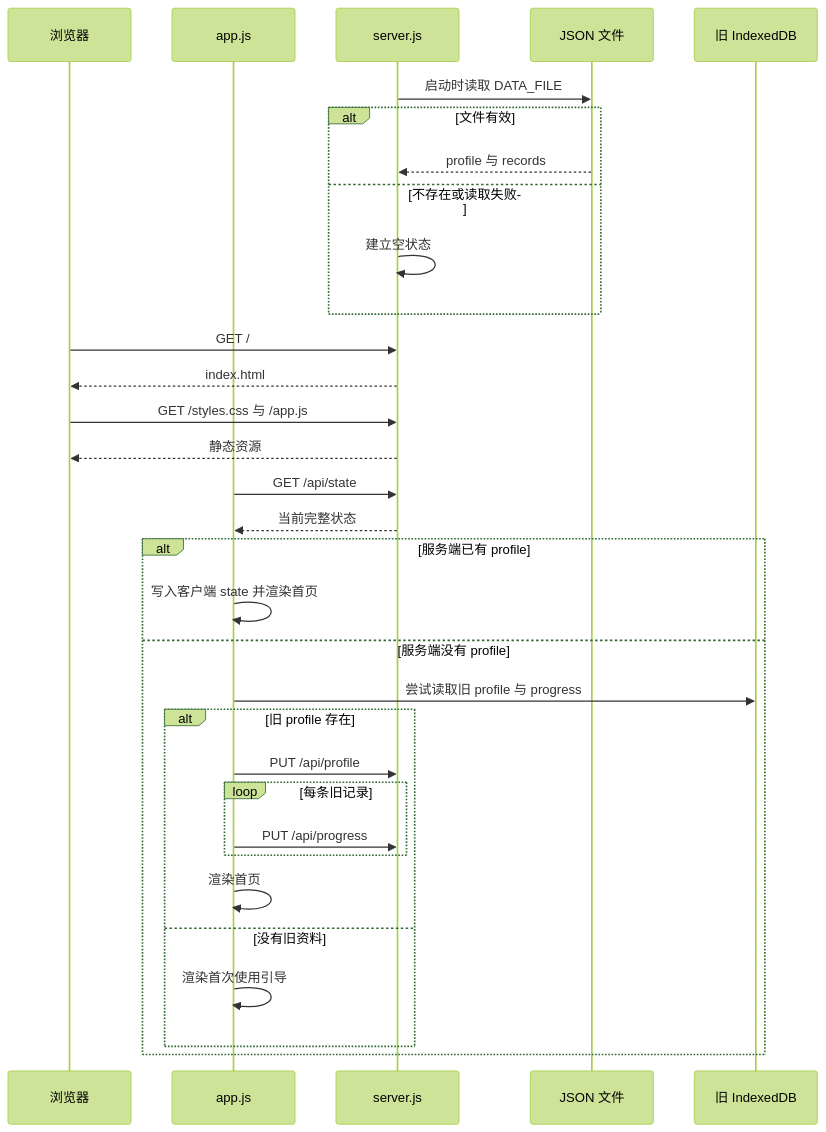
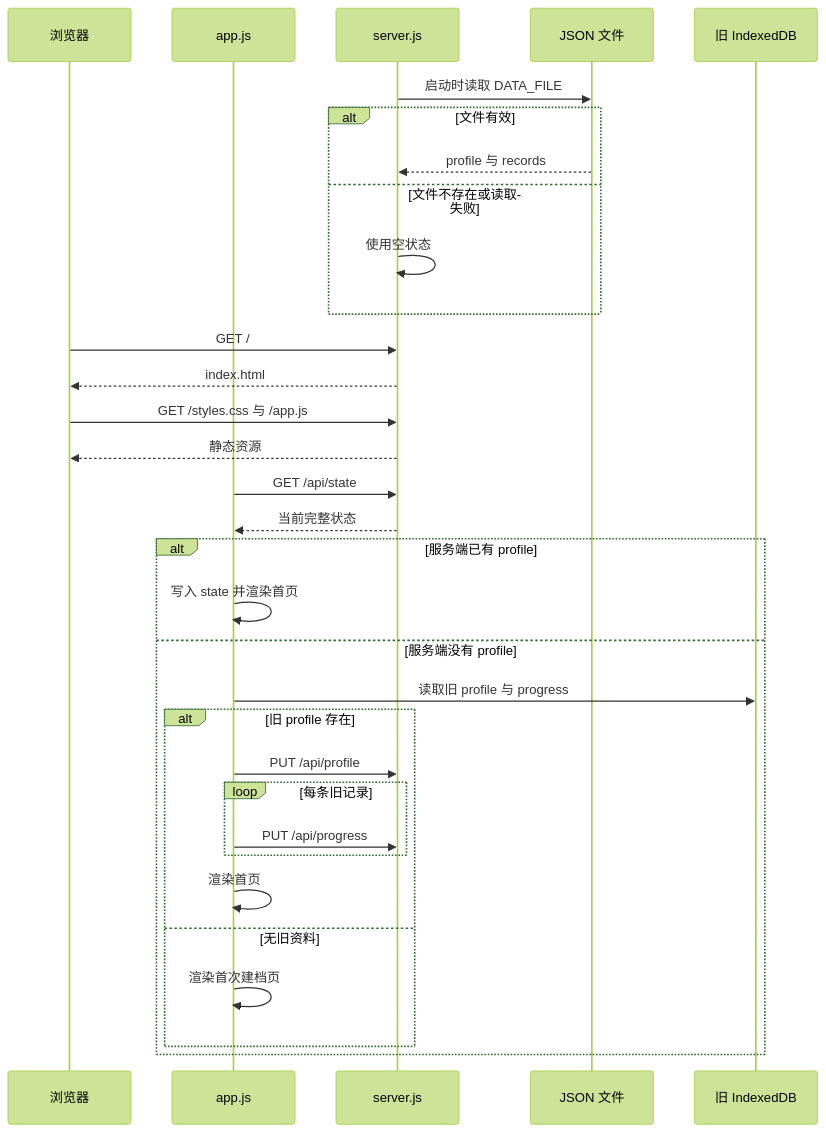
Before and after one commit to guccang/yuanbao: the first of 3 diagrams in docs/codinghub/flows.md, drawn with Mermaid (forest theme). The commit also changed other lines of this file and 3 other files, not shown here.

Commit message:
codinghub(run_ce46aa55-a059-4023-a26f-5c6cb23986c4): 已仅更新 docs/codinghub/overview.md、architecture.md、flows.md、development.md：基于当前仓库真实的源码与配置补全项目概览、模块边界与数据结构、运行链路和开发维护说明，文档均为无 BOM 的 UTF-8，并包含标准 Mermaid 图及相互链接；已修正无法由仓库证实的旧引用。语法检查未执行，因为当前环境未安装 node。

````diff
--- a/docs/codinghub/flows.md
+++ b/docs/codinghub/flows.md
@@ -9,35 +9,35 @@
 ```mermaid
 sequenceDiagram
     participant B as 浏览器
     participant A as app.js
     participant S as server.js
     participant F as JSON 文件
     participant I as 旧 IndexedDB
 
     S->>F: 启动时读取 DATA_FILE
     alt 文件有效
         F-->>S: profile 与 records
-    else 不存在或读取失败
-        S->>S: 建立空状态
+    else 文件不存在或读取失败
+        S->>S: 使用空状态
     end
     B->>S: GET /
     S-->>B: index.html
     B->>S: GET /styles.css 与 /app.js
     S-->>B: 静态资源
     A->>S: GET /api/state
     S-->>A: 当前完整状态
     alt 服务端已有 profile
-        A->>A: 写入客户端 state 并渲染首页
+        A->>A: 写入 state 并渲染首页
     else 服务端没有 profile
-        A->>I: 尝试读取旧 profile 与 progress
+        A->>I: 读取旧 profile 与 progress
         alt 旧 profile 存在
             A->>S: PUT /api/profile
             loop 每条旧记录
                 A->>S: PUT /api/progress
             end
             A->>A: 渲染首页
-        else 没有旧资料
-            A->>A: 渲染首次使用引导
+        else 无旧资料
+            A->>A: 渲染首次建档页
         end
     end
 ```
````
